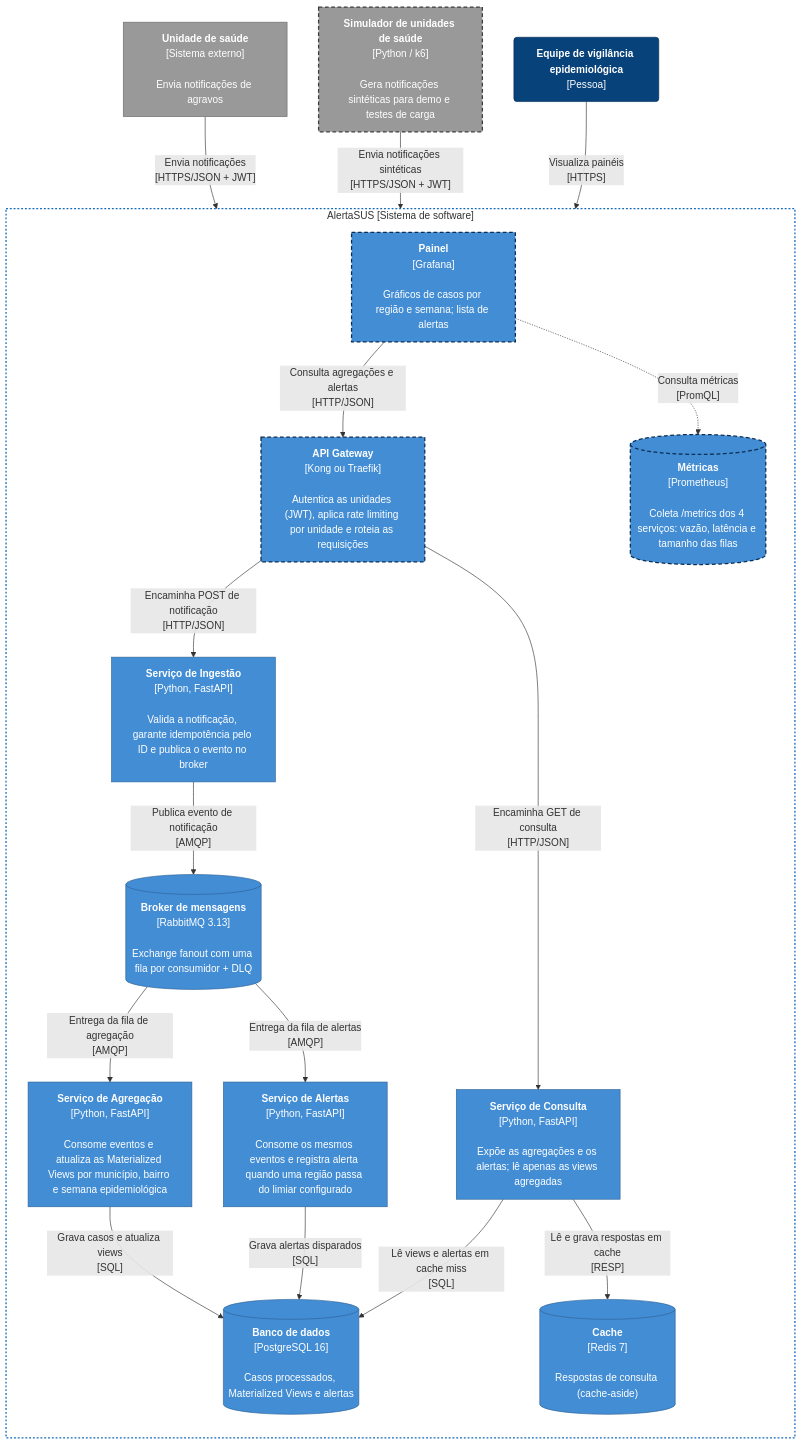
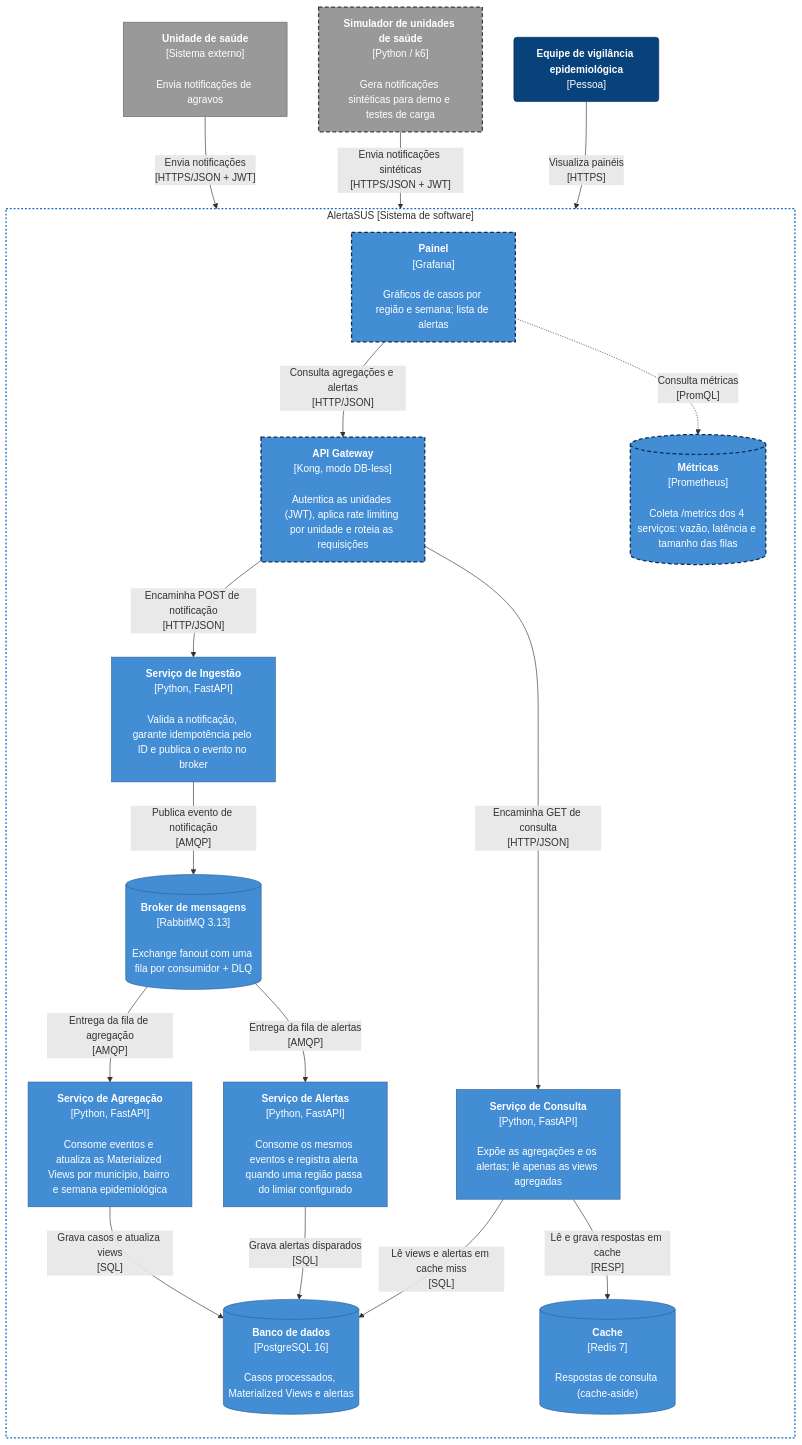
Before and after one commit to mateusfonsek/alertasus: the diagram in docs/c4/nivel-2-containers.md, drawn with Mermaid. The commit also changed other lines of this file and 10 other files, not shown here.

Commit message:
docs: separa ADRs em arquivos e registra Kong como API Gateway (ADR 0005)

````diff
--- a/docs/c4/nivel-2-containers.md
+++ b/docs/c4/nivel-2-containers.md
@@ -5,67 +5,67 @@
 ```mermaid
 flowchart TB
     unidade["<b>Unidade de saúde</b><br/>[Sistema externo]<br/><br/>Envia notificações de agravos"]
     simulador["<b>Simulador de unidades de saúde</b><br/>[Python / k6]<br/><br/>Gera notificações sintéticas para demo e testes de carga"]
     gestor("<b>Equipe de vigilância epidemiológica</b><br/>[Pessoa]")
 
     subgraph alertasus["AlertaSUS [Sistema de software]"]
         direction TB
 
-        gateway["<b>API Gateway</b><br/>[Kong ou Traefik]<br/><br/>Autentica as unidades (JWT), aplica rate limiting por unidade e roteia as requisições"]
+        gateway["<b>API Gateway</b><br/>[Kong, modo DB-less]<br/><br/>Autentica as unidades (JWT), aplica rate limiting por unidade e roteia as requisições"]
 
         ingestion["<b>Serviço de Ingestão</b><br/>[Python, FastAPI]<br/><br/>Valida a notificação, garante idempotência pelo ID e publica o evento no broker"]
 
         broker[("<b>Broker de mensagens</b><br/>[RabbitMQ 3.13]<br/><br/>Exchange fanout com uma fila por consumidor + DLQ")]
 
         aggregation["<b>Serviço de Agregação</b><br/>[Python, FastAPI]<br/><br/>Consome eventos e atualiza as Materialized Views por município, bairro e semana epidemiológica"]
 
         alerts["<b>Serviço de Alertas</b><br/>[Python, FastAPI]<br/><br/>Consome os mesmos eventos e registra alerta quando uma região passa do limiar configurado"]
 
         postgres[("<b>Banco de dados</b><br/>[PostgreSQL 16]<br/><br/>Casos processados, Materialized Views e alertas")]
 
         query["<b>Serviço de Consulta</b><br/>[Python, FastAPI]<br/><br/>Expõe as agregações e os alertas; lê apenas as views agregadas"]
 
         redis[("<b>Cache</b><br/>[Redis 7]<br/><br/>Respostas de consulta (cache-aside)")]
 
         painel["<b>Painel</b><br/>[Grafana]<br/><br/>Gráficos de casos por região e semana; lista de alertas"]
 
         prometheus[("<b>Métricas</b><br/>[Prometheus]<br/><br/>Coleta /metrics dos 4 serviços: vazão, latência e tamanho das filas")]
     end
 
     %% Entrada de notificações (lado de escrita)
     unidade -->|"Envia notificações<br/>[HTTPS/JSON + JWT]"| gateway
     simulador -->|"Envia notificações sintéticas<br/>[HTTPS/JSON + JWT]"| gateway
     gateway -->|"Encaminha POST de notificação<br/>[HTTP/JSON]"| ingestion
     ingestion -->|"Publica evento de notificação<br/>[AMQP]"| broker
 
     %% Fan-out para os consumidores
     broker -->|"Entrega da fila de agregação<br/>[AMQP]"| aggregation
     broker -->|"Entrega da fila de alertas<br/>[AMQP]"| alerts
     aggregation -->|"Grava casos e atualiza views<br/>[SQL]"| postgres
     alerts -->|"Grava alertas disparados<br/>[SQL]"| postgres
 
     %% Leitura (lado de consulta)
     gestor -->|"Visualiza painéis<br/>[HTTPS]"| painel
     painel -->|"Consulta agregações e alertas<br/>[HTTP/JSON]"| gateway
     gateway -->|"Encaminha GET de consulta<br/>[HTTP/JSON]"| query
     query -->|"Lê e grava respostas em cache<br/>[RESP]"| redis
     query -->|"Lê views e alertas em cache miss<br/>[SQL]"| postgres
 
     %% Observabilidade (as setas de coleta do Prometheus para cada serviço
     %% foram omitidas para não cruzar o fluxo principal; ver descrição da caixa)
     painel -.->|"Consulta métricas<br/>[PromQL]"| prometheus
 
     classDef person fill:#08427b,stroke:#052e56,color:#fff
     classDef container fill:#438dd5,stroke:#2e6295,color:#fff
     classDef planned fill:#438dd5,stroke:#0b2e52,color:#fff,stroke-width:2px,stroke-dasharray:6 4
     classDef external fill:#999999,stroke:#6b6b6b,color:#fff
     classDef externalPlanned fill:#999999,stroke:#3d3d3d,color:#fff,stroke-width:2px,stroke-dasharray:6 4
 
     class gestor person
     class ingestion,aggregation,alerts,query,broker,postgres,redis container
     class gateway,painel,prometheus planned
     class unidade external
     class simulador externalPlanned
 
     style alertasus fill:transparent,stroke:#1168bd,stroke-width:2px,stroke-dasharray:3 3
 ```
````
